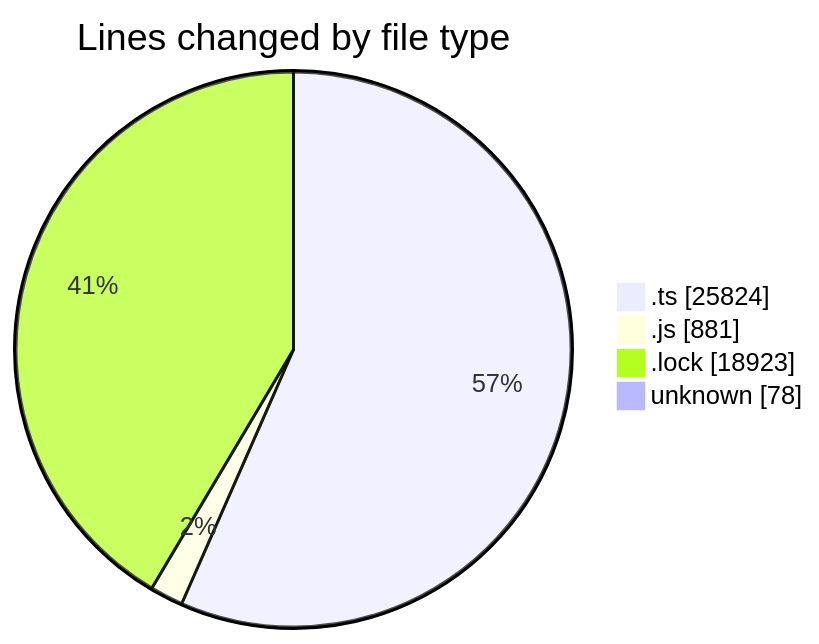
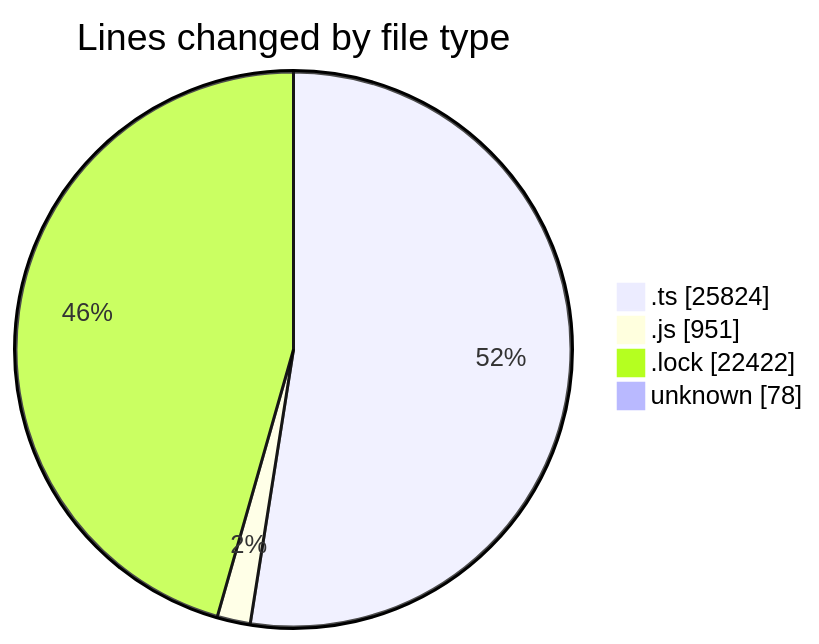
One commit to momahboobian/code-tracking changed the first of 2 diagrams in 2025-05-20/cda/README.md. Above: the diagram before and after it, drawn with Mermaid. The commit also changed other lines of this file and 1 other file, not shown here.

````diff
--- a/2025-05-20/cda/README.md
+++ b/2025-05-20/cda/README.md
@@ -38,8 +38,8 @@
 ```mermaid
 pie showData
 title Lines changed by file type
 ".ts" : 25824
-".js" : 881
-".lock" : 18923
+".js" : 951
+".lock" : 22422
 "unknown" : 78
 ```
````
